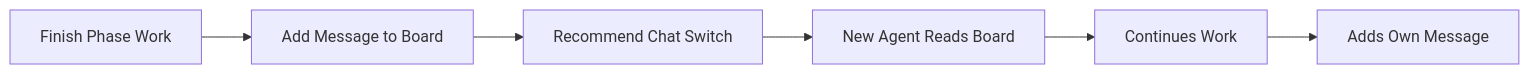
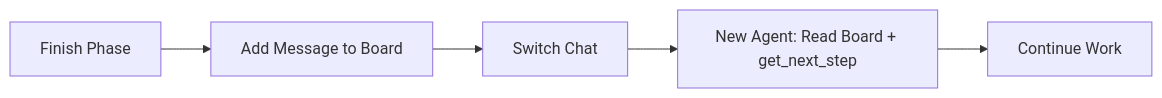
The diagram in public/playbook/mini-prompts/handoff-memory-board.md (Fohlio/agents-playbook), drawn with Mermaid before and after one commit. The commit also changed other lines of this file and 3 other files, not shown here.

````diff
--- a/public/playbook/mini-prompts/handoff-memory-board.md
+++ b/public/playbook/mini-prompts/handoff-memory-board.md
@@ -93,8 +98,7 @@
 ```mermaid
 flowchart LR
-    A[Finish Phase Work] --> B[Add Message to Board]
-    B --> C[Recommend Chat Switch]
-    C --> D[New Agent Reads Board]
-    D --> E[Continues Work]
-    E --> F[Adds Own Message]
+    A[Finish Phase] --> B[Add Message to Board]
+    B --> C[Switch Chat]
+    C --> D[New Agent: Read Board + get_next_step]
+    D --> E[Continue Work]
 ``` 
````
